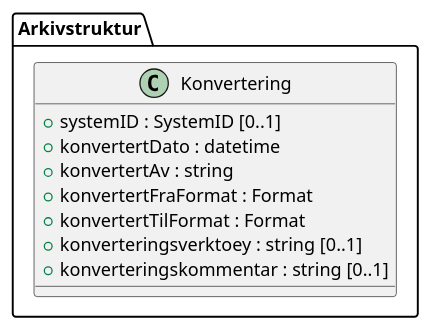
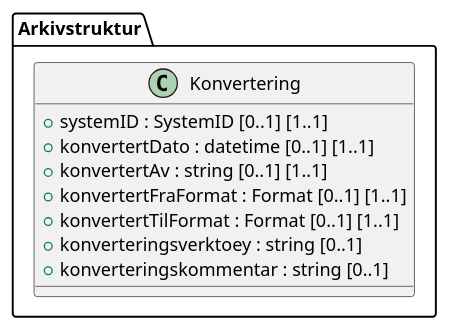
One commit to arkivverket/noark5-tjenestegrensesnitt-standard changed the diagram in kapitler/media/uml-class-konvertering.iuml. Above: the diagram before and after it, drawn with PlantUML. The commit also changed 91 other files, not shown here.

```diff
--- a/kapitler/media/uml-class-konvertering.iuml
+++ b/kapitler/media/uml-class-konvertering.iuml
@@ -1,11 +1,11 @@
 @startuml
 class Arkivstruktur.Konvertering {
-  +systemID : SystemID [0..1]
-  +konvertertDato : datetime
-  +konvertertAv : string
-  +konvertertFraFormat : Format
-  +konvertertTilFormat : Format
+  +systemID : SystemID [0..1] [1..1]
+  +konvertertDato : datetime [0..1] [1..1]
+  +konvertertAv : string [0..1] [1..1]
+  +konvertertFraFormat : Format [0..1] [1..1]
+  +konvertertTilFormat : Format [0..1] [1..1]
   +konverteringsverktoey : string [0..1]
   +konverteringskommentar : string [0..1]
 }
 @enduml
```
